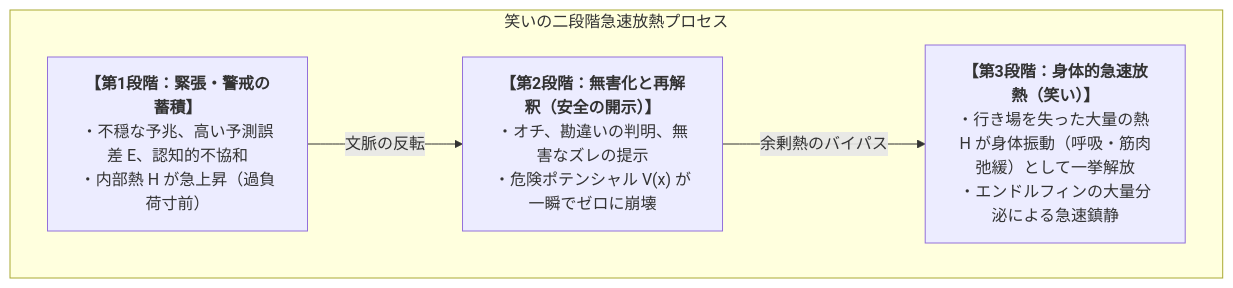
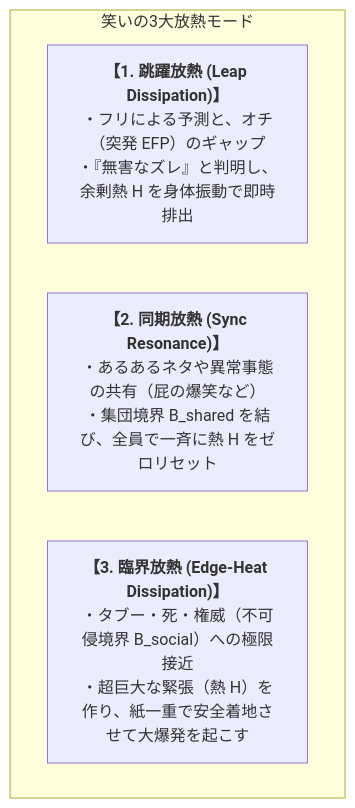
Before and after one commit to HermannDegner/RDL_Human: the first of 2 diagrams in 03_認知_情動_放熱/01_快と笑いの放熱力学.md, drawn with Mermaid. The commit also changed other lines of this file, not shown here.

Commit message:
Update 01_快と笑いの放熱力学.md: Passed T2 durability testing (edge-heat dissipation, thermal-flow manipulation, taboos and collective relief)

````diff
--- a/03_認知_情動_放熱/01_快と笑いの放熱力学.md
+++ b/03_認知_情動_放熱/01_快と笑いの放熱力学.md
@@ -37,12 +38,10 @@
 ```mermaid
 graph TD
-    subgraph 笑いの二段階急速放熱プロセス
-        Phase1["<b>【第1段階：緊張・警戒の蓄積】</b><br>・不穏な予兆、高い予測誤差 E、認知的不協和<br>・内部熱 H が急上昇（過負荷寸前）"]
+    subgraph 笑いの3大放熱モード
+        M1["<b>【1. 跳躍放熱 (Leap Dissipation)】</b><br>・フリによる予測と、オチ（突発 EFP）のギャップ<br>・『無害なズレ』と判明し、余剰熱 H を身体振動で即時排出"]
         
-        Phase2["<b>【第2段階：無害化と再解釈（安全の開示）】</b><br>・オチ、勘違いの判明、無害なズレの提示<br>・危険ポテンシャル V(x) が一瞬でゼロに崩壊"]
+        M2["<b>【2. 同期放熱 (Sync Resonance)】</b><br>・あるあるネタや異常事態の共有（屁の爆笑など）<br>・集団境界 B_shared を結び、全員で一斉に熱 H をゼロリセット"]
         
-        Phase3["<b>【第3段階：身体的急速放熱（笑い）】</b><br>・行き場を失った大量の熱 H が身体振動（呼吸・筋肉弛緩）として一挙解放<br>・エンドルフィンの大量分泌による急速鎮静"]
-
-        Phase1 -->|文脈の反転| Phase2 -->|余剰熱のバイパス| Phase3
+        M3["<b>【3. 臨界放熱 (Edge-Heat Dissipation)】</b><br>・タブー・死・権威（不可侵境界 B_social）への極限接近<br>・超巨大な緊張（熱 H）を作り、紙一重で安全着地させて大爆発を起こす"]
     end
 ```
````
